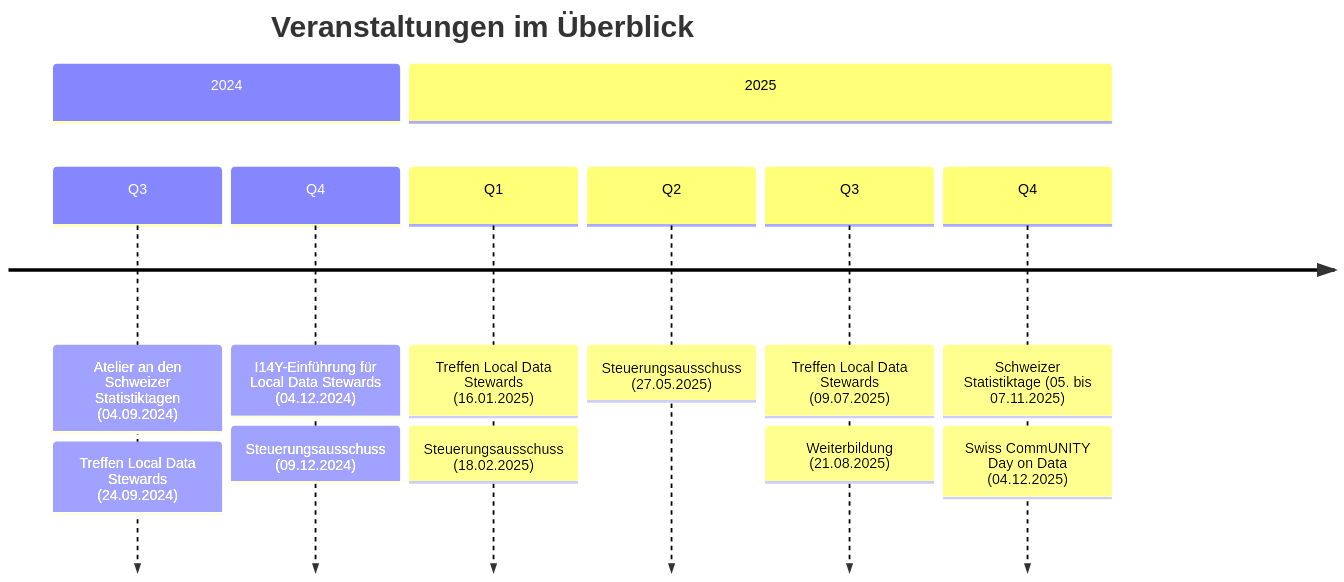
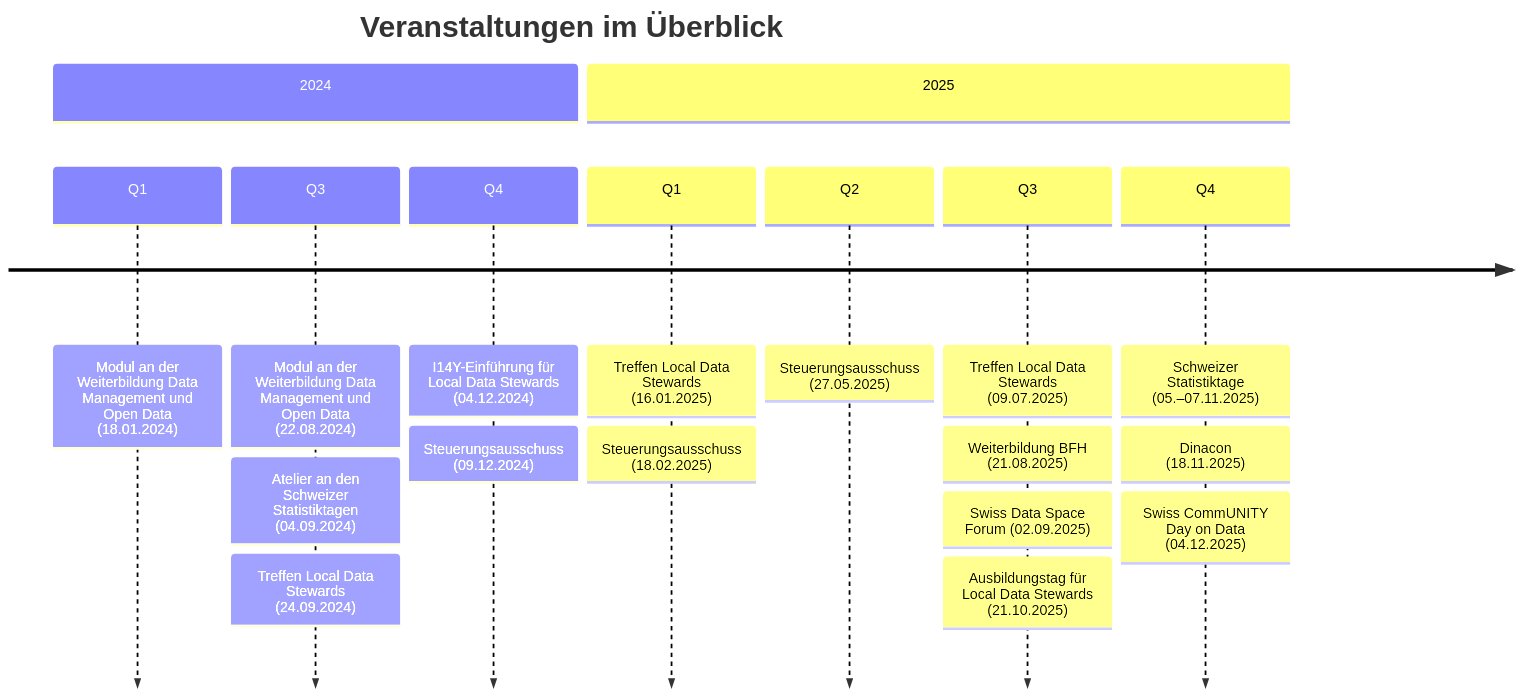
The diagram in content/de/veranstaltungen/_index.md (I14Y-ch/handbook), drawn with Mermaid before and after one commit. The commit also changed other lines of this file and 7 other files, not shown here.

```diff
--- a/content/de/veranstaltungen/_index.md
+++ b/content/de/veranstaltungen/_index.md
@@ -11,18 +11,24 @@
 {{< mermaid width="650px" >}}
 timeline
     title Veranstaltungen im Überblick
-    
+
     section 2024
-      Q3 : Atelier an den Schweizer Statistiktagen (04.09.2024)
+      Q1 : Modul an der Weiterbildung Data Management und Open Data (18.01.2024)
+      Q3 : Modul an der Weiterbildung Data Management und Open Data (22.08.2024)
+         : Atelier an den Schweizer Statistiktagen (04.09.2024)
          : Treffen Local Data Stewards (24.09.2024)
       Q4 : I14Y-Einführung für Local Data Stewards (04.12.2024)
          : Steuerungsausschuss (09.12.2024)
+
     section 2025
       Q1 : Treffen Local Data Stewards (16.01.2025)
          : Steuerungsausschuss (18.02.2025)
-      Q2 : Steuerungsausschuss (27.05.2025) 
+      Q2 : Steuerungsausschuss (27.05.2025)
       Q3 : Treffen Local Data Stewards (09.07.2025)
-         : Weiterbildung (21.08.2025)
-      Q4 : Schweizer Statistiktage (05. bis 07.11.2025)
+         : Weiterbildung BFH (21.08.2025)
+         : Swiss Data Space Forum (02.09.2025)
+         : Ausbildungstag für Local Data Stewards (21.10.2025)
+      Q4 : Schweizer Statistiktage (05.–07.11.2025)
+         : Dinacon (18.11.2025)
          : Swiss CommUNITY Day on Data (04.12.2025)
 {{< /mermaid >}}
```
